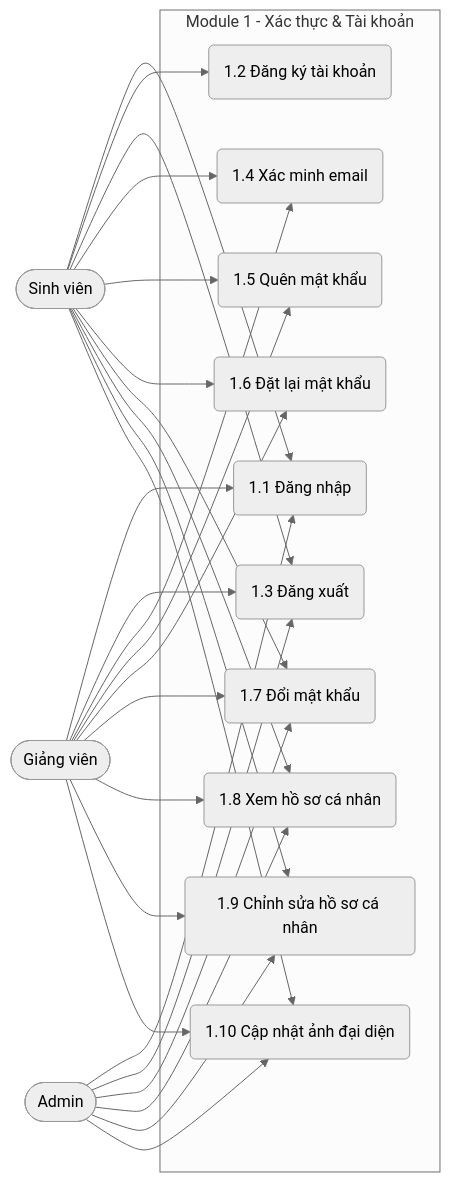
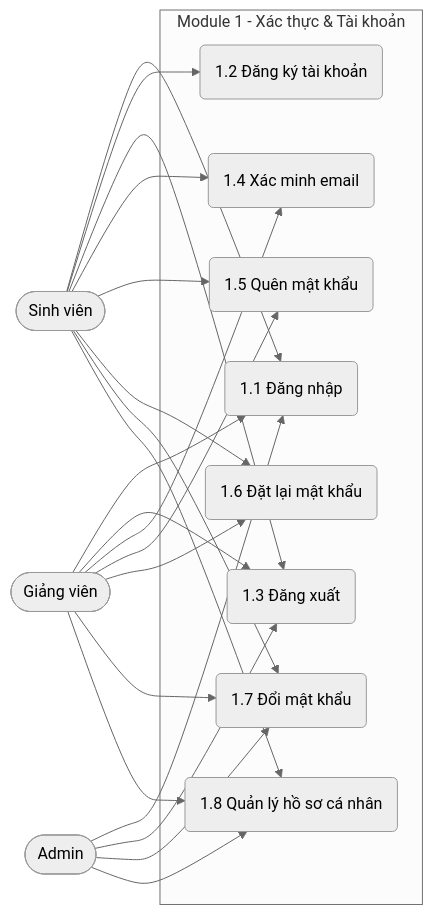
One commit to DinhKhoa/NovaThesis changed the diagram in Tài liệu dự án/01_UC_Authentication.md. Above: the diagram before and after it, drawn with Mermaid (neutral theme). The commit also changed other lines of this file and 10 other files, not shown here.

````diff
--- a/Tài liệu dự án/01_UC_Authentication.md
+++ b/Tài liệu dự án/01_UC_Authentication.md
@@ -7,47 +7,39 @@
 ```mermaid
 graph LR
     SV([Sinh viên])
     GV([Giảng viên])
     Admin([Admin])
 
     subgraph Module 1 - Xác thực & Tài khoản
         UC1.1(1.1 Đăng nhập)
         UC1.2(1.2 Đăng ký tài khoản)
         UC1.3(1.3 Đăng xuất)
         UC1.4(1.4 Xác minh email)
         UC1.5(1.5 Quên mật khẩu)
         UC1.6(1.6 Đặt lại mật khẩu)
         UC1.7(1.7 Đổi mật khẩu)
-        UC1.8(1.8 Xem hồ sơ cá nhân)
-        UC1.9(1.9 Chỉnh sửa hồ sơ cá nhân)
-        UC1.10(1.10 Cập nhật ảnh đại diện)
+        UC1.8(1.8 Quản lý hồ sơ cá nhân)
     end
 
     SV --> UC1.1
     SV --> UC1.2
     SV --> UC1.3
     SV --> UC1.4
     SV --> UC1.5
     SV --> UC1.6
     SV --> UC1.7
     SV --> UC1.8
-    SV --> UC1.9
-    SV --> UC1.10
 
     GV --> UC1.1
     GV --> UC1.3
     GV --> UC1.4
     GV --> UC1.5
     GV --> UC1.6
     GV --> UC1.7
     GV --> UC1.8
-    GV --> UC1.9
-    GV --> UC1.10
 
     Admin --> UC1.1
     Admin --> UC1.3
     Admin --> UC1.7
     Admin --> UC1.8
-    Admin --> UC1.9
-    Admin --> UC1.10
 ```
````
